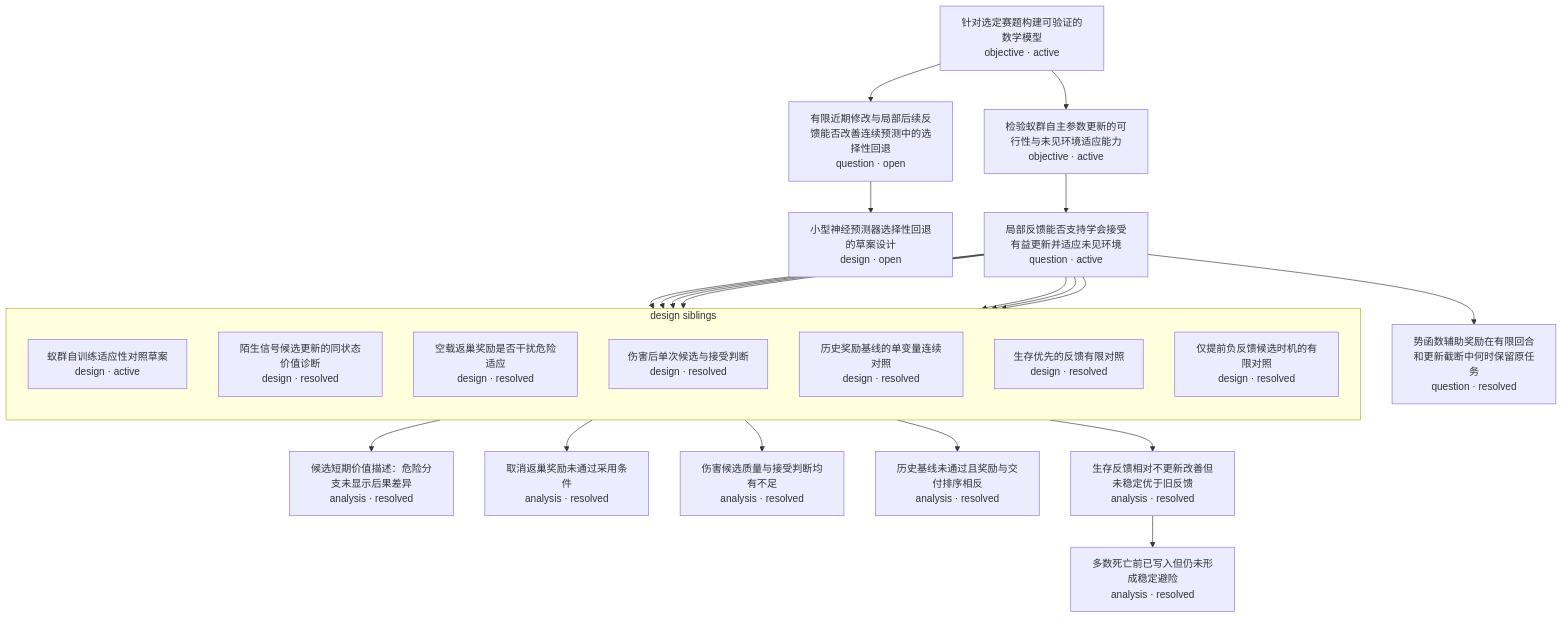
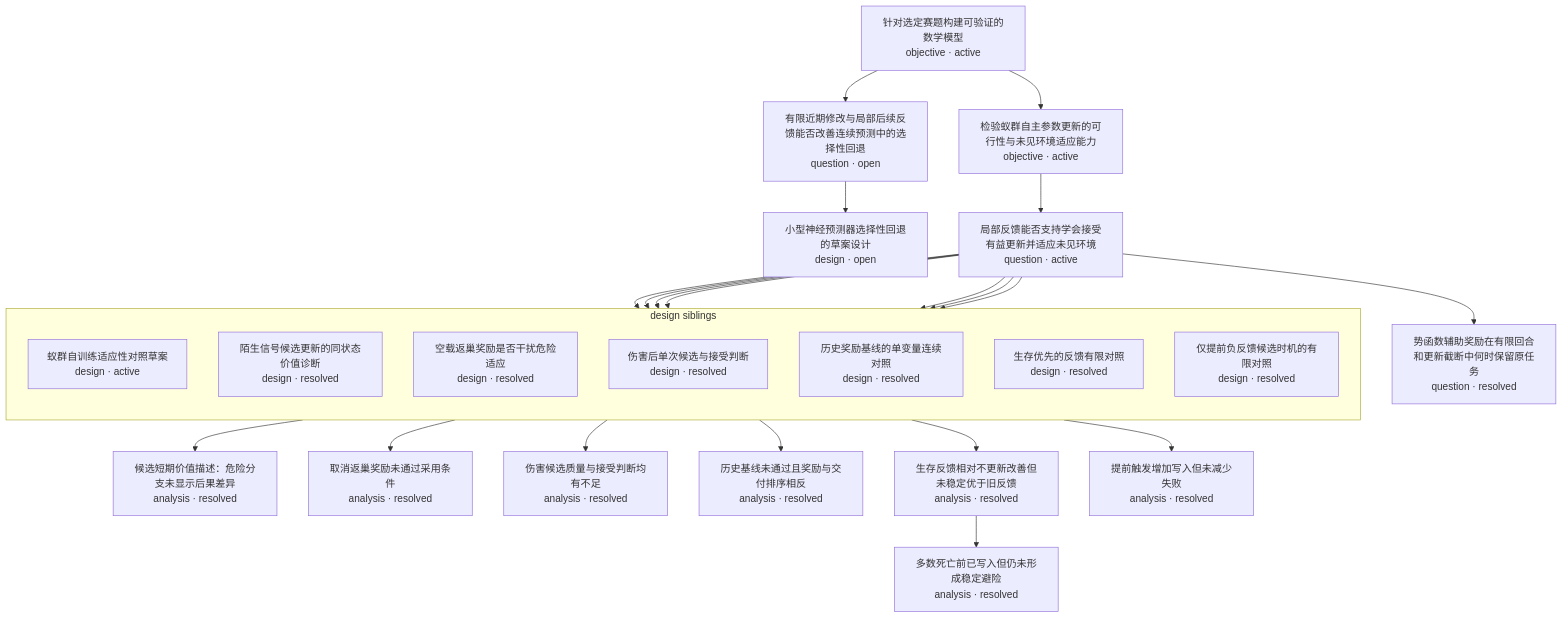
The diagram in research-tree/README.md (Akira-TL/Antomony), drawn with Mermaid before and after one commit. The commit also changed other lines of this file and 6 other files, not shown here.

````diff
--- a/research-tree/README.md
+++ b/research-tree/README.md
@@ -5,43 +5,45 @@
 ```mermaid
 flowchart TD
     N1["针对选定赛题构建可验证的数学模型<br/>objective · active"]
     N2["有限近期修改与局部后续反馈能否改善连续预测中的选择性回退<br/>question · open"]
     N3["小型神经预测器选择性回退的草案设计<br/>design · open"]
     N4["检验蚁群自主参数更新的可行性与未见环境适应能力<br/>objective · active"]
     N5["局部反馈能否支持学会接受有益更新并适应未见环境<br/>question · active"]
     N8["候选短期价值描述：危险分支未显示后果差异<br/>analysis · resolved"]
     N10["取消返巢奖励未通过采用条件<br/>analysis · resolved"]
     N12["伤害候选质量与接受判断均有不足<br/>analysis · resolved"]
     N14["历史基线未通过且奖励与交付排序相反<br/>analysis · resolved"]
     N15["势函数辅助奖励在有限回合和更新截断中何时保留原任务<br/>question · resolved"]
     N17["生存反馈相对不更新改善但未稳定优于旧反馈<br/>analysis · resolved"]
     N18["多数死亡前已写入但仍未形成稳定避险<br/>analysis · resolved"]
+    N20["提前触发增加写入但未减少失败<br/>analysis · resolved"]
     subgraph G5_design["design siblings"]
         direction TB
         N6["蚁群自训练适应性对照草案<br/>design · active"]
         N7["陌生信号候选更新的同状态价值诊断<br/>design · resolved"]
         N9["空载返巢奖励是否干扰危险适应<br/>design · resolved"]
         N11["伤害后单次候选与接受判断<br/>design · resolved"]
         N13["历史奖励基线的单变量连续对照<br/>design · resolved"]
         N16["生存优先的反馈有限对照<br/>design · resolved"]
         N19["仅提前负反馈候选时机的有限对照<br/>design · resolved"]
     end
     N1 --> N2
     N2 --> N3
     N1 --> N4
     N4 --> N5
     N5 --> N6
     N5 --> N7
     N7 --> N8
     N5 --> N9
     N9 --> N10
     N5 --> N11
     N11 --> N12
     N5 --> N13
     N13 --> N14
     N5 --> N15
     N5 --> N16
     N16 --> N17
     N17 --> N18
     N5 --> N19
+    N19 --> N20
 ```
````
